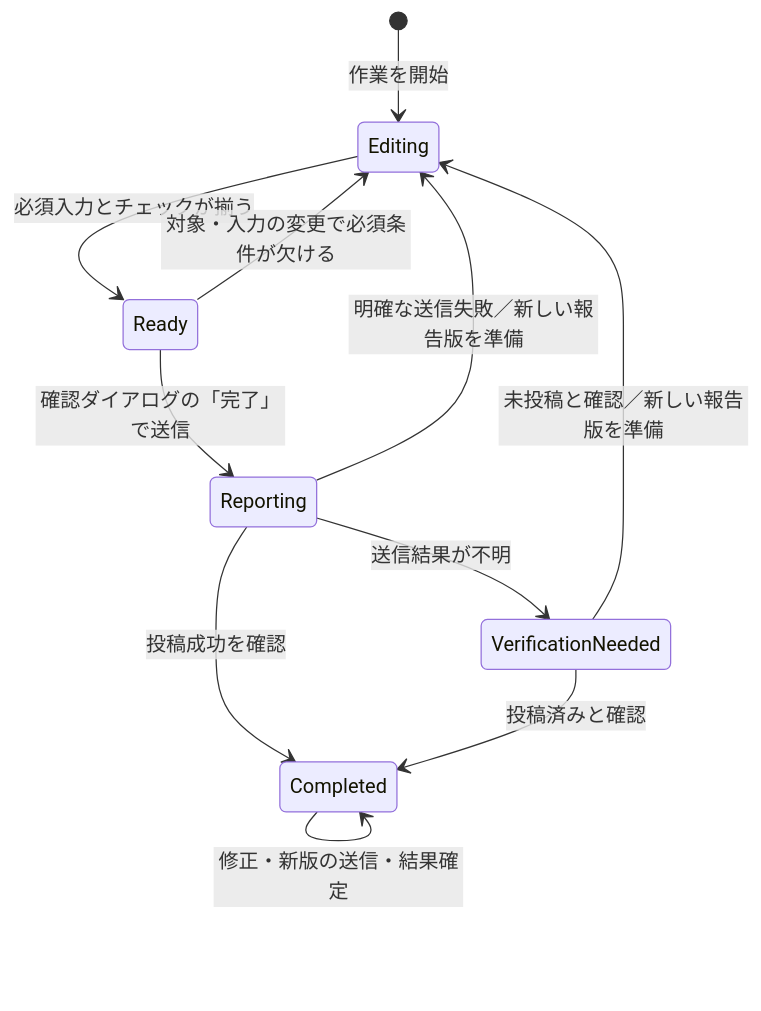
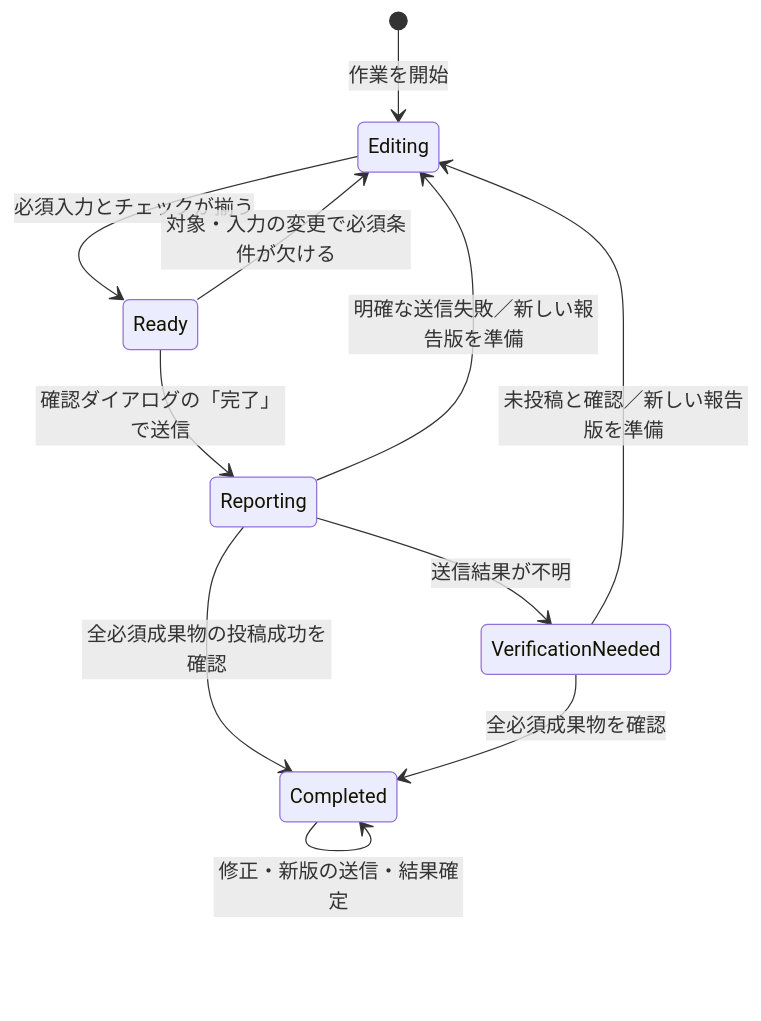
One commit to nto300002/kiiya-cleaning-checker changed the first of 4 diagrams in docs/state-transitions.md. Above: the diagram before and after it, drawn with Mermaid. The commit also changed other lines of this file and 9 other files, not shown here.

````diff
--- a/docs/state-transitions.md
+++ b/docs/state-transitions.md
@@ -56,13 +60,13 @@
 ```mermaid
 stateDiagram-v2
     [*] --> Editing: 作業を開始
     Editing --> Ready: 必須入力とチェックが揃う
     Ready --> Editing: 対象・入力の変更で必須条件が欠ける
     Ready --> Reporting: 確認ダイアログの「完了」で送信
-    Reporting --> Completed: 投稿成功を確認
+    Reporting --> Completed: 全必須成果物の投稿成功を確認
     Reporting --> Editing: 明確な送信失敗／新しい報告版を準備
     Reporting --> VerificationNeeded: 送信結果が不明
-    VerificationNeeded --> Completed: 投稿済みと確認
+    VerificationNeeded --> Completed: 全必須成果物を確認
     VerificationNeeded --> Editing: 未投稿と確認／新しい報告版を準備
     Completed --> Completed: 修正・新版の送信・結果確定
 ```
````
